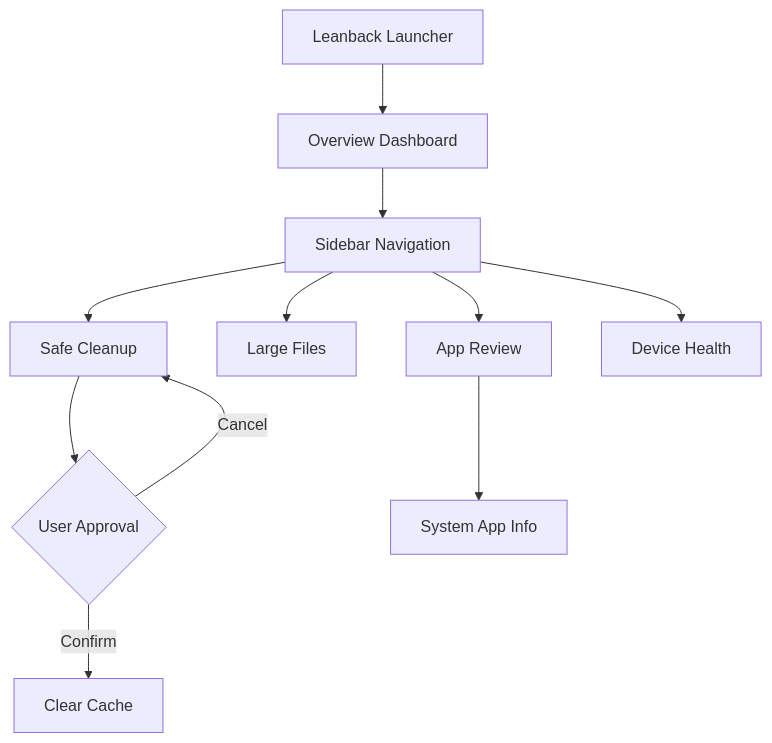
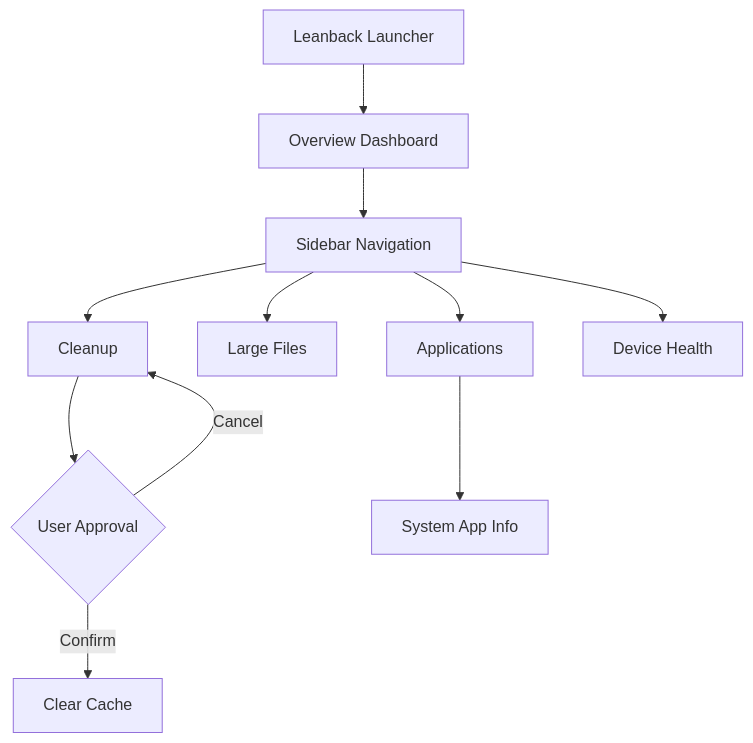
Before and after one commit to daygle/TeeVClean: the diagram in README.md, drawn with Mermaid. The commit also changed other lines of this file and 10 other files, not shown here.

````diff
--- a/README.md
+++ b/README.md
@@ -37,15 +37,15 @@
 ```mermaid
 graph TD
     A[Leanback Launcher] --> B[Overview Dashboard]
     B --> C[Sidebar Navigation]
-    C --> D[Safe Cleanup]
+    C --> D[Cleanup]
     C --> E[Large Files]
-    C --> F[App Review]
+    C --> F[Applications]
     C --> G[Device Health]
     
     D --> H{User Approval}
     H -- Confirm --> I[Clear Cache]
     H -- Cancel --> D
     
     F --> J[System App Info]
 ```
````
